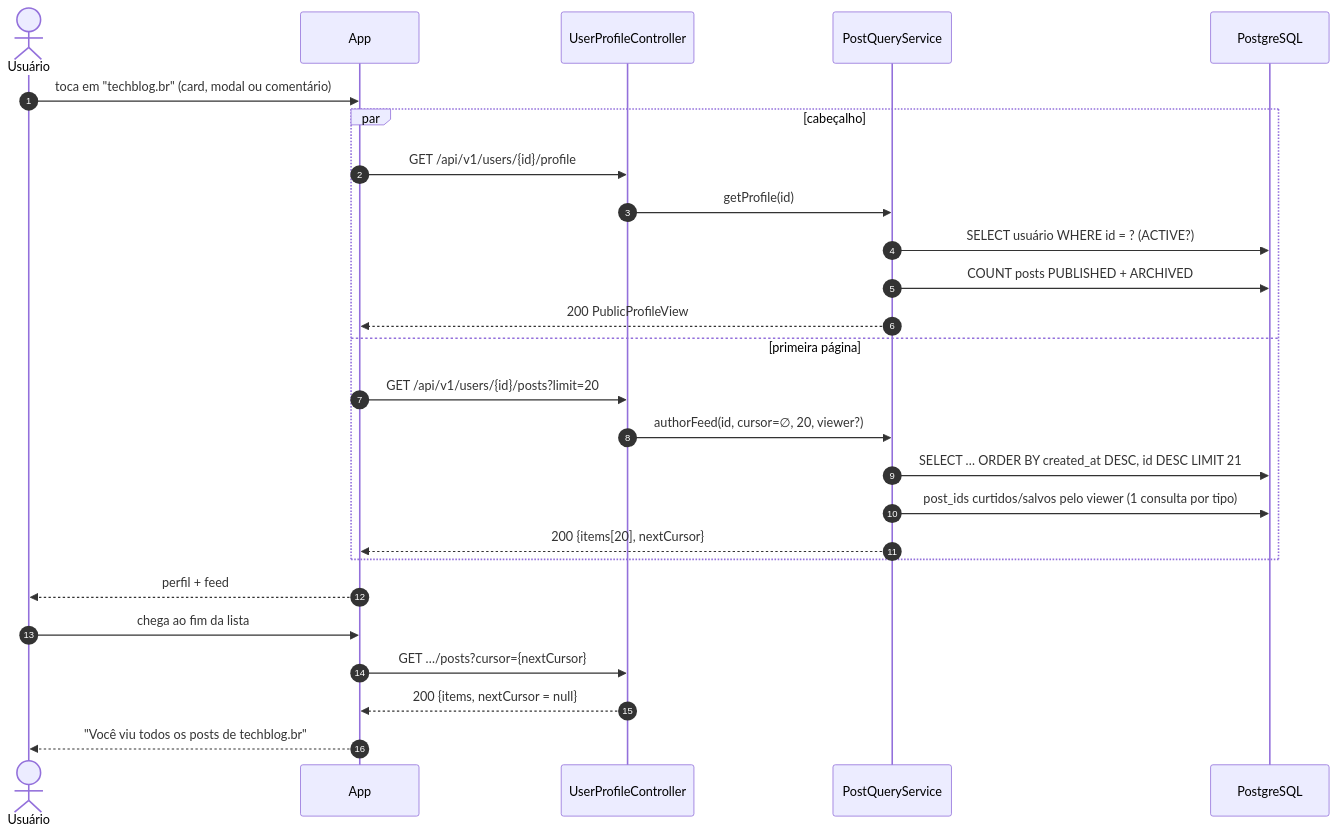
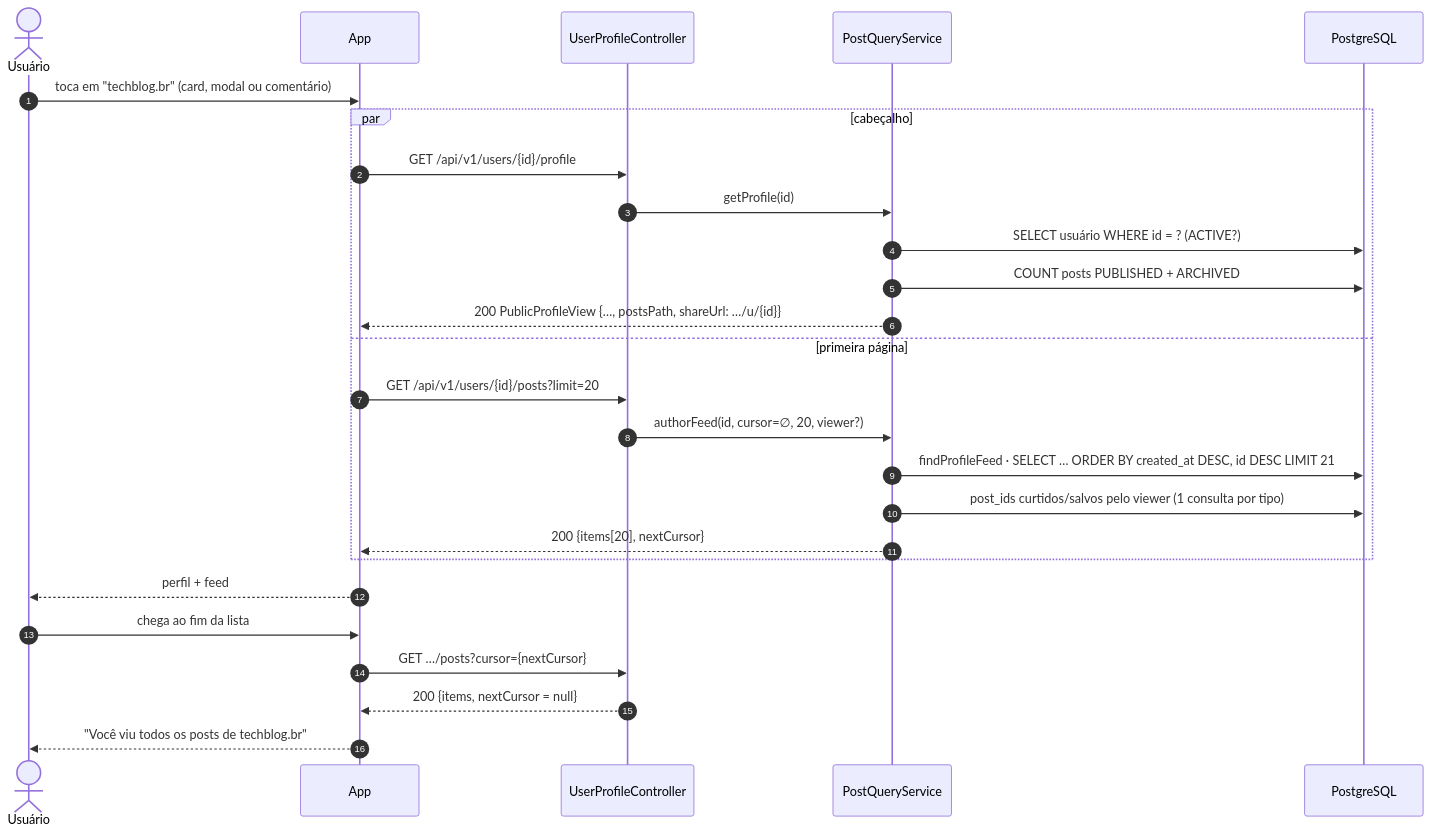
One commit to MatheusHaliski/orange_social_velion changed the second of 3 diagrams in docs/rf/RF25-perfil-publico-autor.md. Above: the diagram before and after it, drawn with Mermaid. The commit also changed other lines of this file and 5 other files, not shown here.

````diff
--- a/docs/rf/RF25-perfil-publico-autor.md
+++ b/docs/rf/RF25-perfil-publico-autor.md
@@ -54,29 +58,29 @@
 ```mermaid
 sequenceDiagram
     autonumber
     actor U as Usuário
     participant APP as App
     participant API as UserProfileController
     participant Q as PostQueryService
     participant PG as PostgreSQL
 
     U->>APP: toca em "techblog.br" (card, modal ou comentário)
     par cabeçalho
         APP->>API: GET /api/v1/users/{id}/profile
         API->>Q: getProfile(id)
         Q->>PG: SELECT usuário WHERE id = ? (ACTIVE?)
         Q->>PG: COUNT posts PUBLISHED + ARCHIVED
-        Q-->>APP: 200 PublicProfileView
+        Q-->>APP: 200 PublicProfileView {…, postsPath, shareUrl: …/u/{id}}
     and primeira página
         APP->>API: GET /api/v1/users/{id}/posts?limit=20
         API->>Q: authorFeed(id, cursor=∅, 20, viewer?)
-        Q->>PG: SELECT … ORDER BY created_at DESC, id DESC LIMIT 21
+        Q->>PG: findProfileFeed · SELECT … ORDER BY created_at DESC, id DESC LIMIT 21
         Q->>PG: post_ids curtidos/salvos pelo viewer (1 consulta por tipo)
         Q-->>APP: 200 {items[20], nextCursor}
     end
     APP-->>U: perfil + feed
     U->>APP: chega ao fim da lista
     APP->>API: GET …/posts?cursor={nextCursor}
     API-->>APP: 200 {items, nextCursor = null}
     APP-->>U: "Você viu todos os posts de techblog.br"
 ```
````
